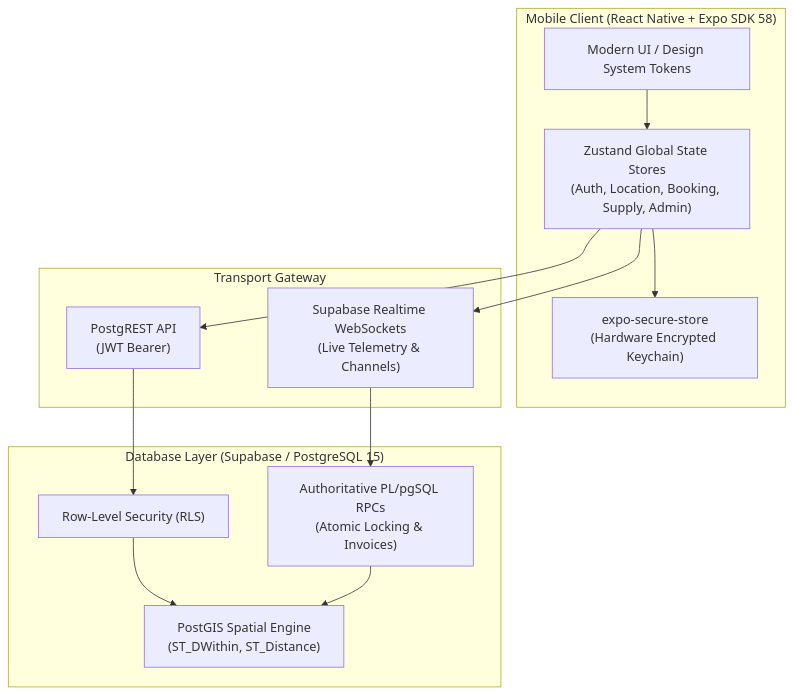
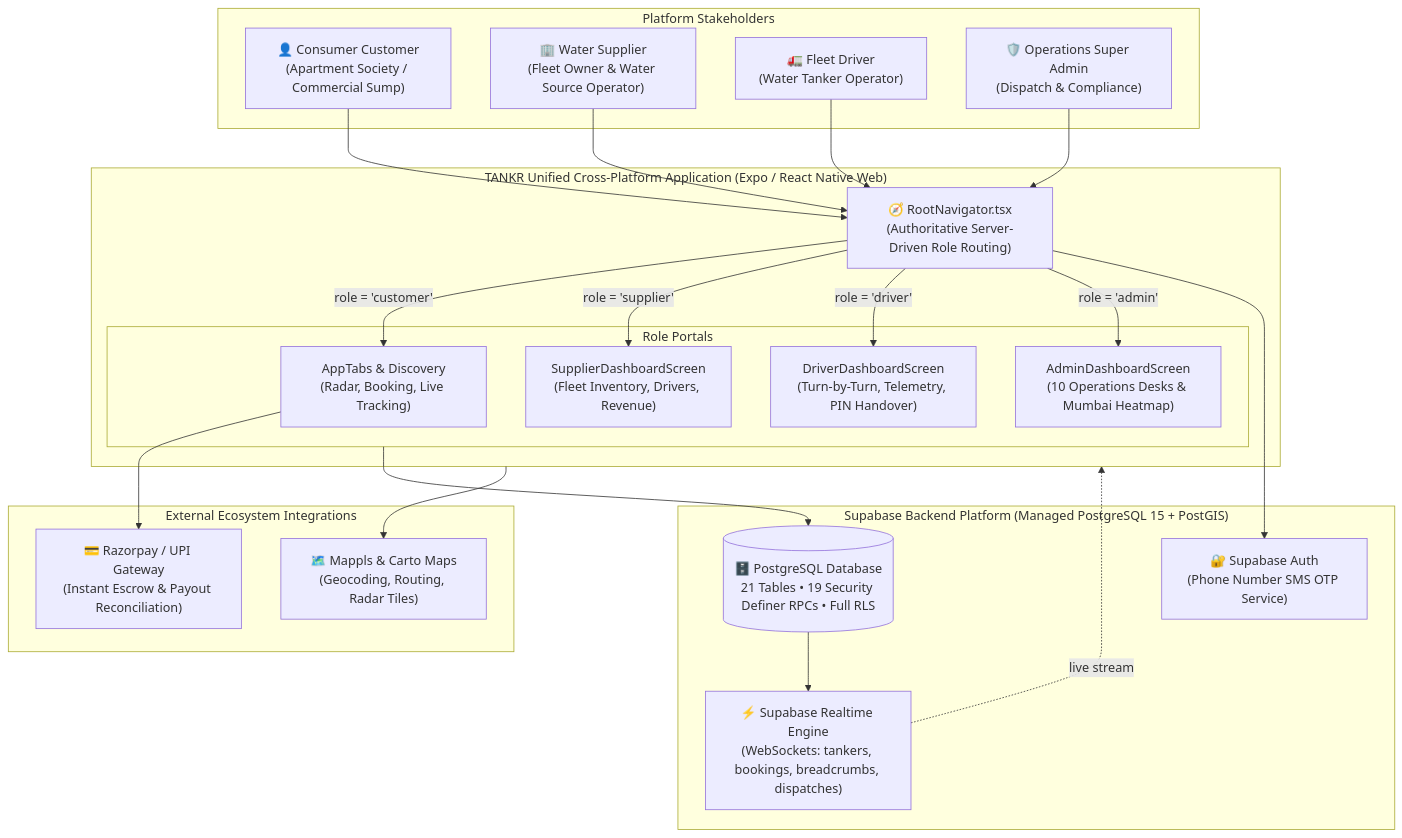
Before and after one commit to Coderaryanyadav/Tankr: the diagram in README.md, drawn with Mermaid. The commit also changed other lines of this file and 70 other files, not shown here.

Commit message:
docs: add complete developer documentation, architecture diagrams, and setup automation

````diff
--- a/README.md
+++ b/README.md
@@ -51,28 +55,49 @@
 ```mermaid
-flowchart TD
-    subgraph Client ["Mobile Client (React Native + Expo SDK 58)"]
-        UI["Modern UI / Design System Tokens"]
-        Zustand["Zustand Global State Stores<br/>(Auth, Location, Booking, Supply, Admin)"]
-        SecureStore["expo-secure-store<br/>(Hardware Encrypted Keychain)"]
+graph TB
+    subgraph Users["Platform Stakeholders"]
+        Customer["👤 Consumer Customer<br>(Apartment Society / Commercial Sump)"]
+        Supplier["🏢 Water Supplier<br>(Fleet Owner & Water Source Operator)"]
+        Driver["🚛 Fleet Driver<br>(Water Tanker Operator)"]
+        Admin["🛡️ Operations Super Admin<br>(Dispatch & Compliance)"]
     end
 
-    subgraph Network ["Transport Gateway"]
-        REST["PostgREST API<br/>(JWT Bearer)"]
-        Realtime["Supabase Realtime WebSockets<br/>(Live Telemetry & Channels)"]
+    subgraph Client["TANKR Unified Cross-Platform Application (Expo / React Native Web)"]
+        Nav["🧭 RootNavigator.tsx<br>(Authoritative Server-Driven Role Routing)"]
+        
+        subgraph Portals["Role Portals"]
+            CustomerApp["AppTabs & Discovery<br>(Radar, Booking, Live Tracking)"]
+            SupplierPortal["SupplierDashboardScreen<br>(Fleet Inventory, Drivers, Revenue)"]
+            DriverPortal["DriverDashboardScreen<br>(Turn-by-Turn, Telemetry, PIN Handover)"]
+            AdminPortal["AdminDashboardScreen<br>(10 Operations Desks & Mumbai Heatmap)"]
+        end
     end
 
-    subgraph Database ["Database Layer (Supabase / PostgreSQL 15)"]
-        PostGIS["PostGIS Spatial Engine<br/>(ST_DWithin, ST_Distance)"]
-        RLS["Row-Level Security (RLS)"]
-        RPCs["Authoritative PL/pgSQL RPCs<br/>(Atomic Locking & Invoices)"]
+    subgraph Backend["Supabase Backend Platform (Managed PostgreSQL 15 + PostGIS)"]
+        AuthService["🔐 Supabase Auth<br>(Phone Number SMS OTP Service)"]
+        PostgresDB[("🗄️ PostgreSQL Database<br>21 Tables • 19 Security Definer RPCs • Full RLS")]
+        RealtimePub["⚡ Supabase Realtime Engine<br>(WebSockets: tankers, bookings, breadcrumbs, dispatches)"]
     end
 
-    UI --> Zustand
-    Zustand --> SecureStore
-    Zustand --> REST
-    Zustand --> Realtime
-    REST --> RLS
-    Realtime --> RPCs
-    RLS --> PostGIS
-    RPCs --> PostGIS
+    subgraph External["External Ecosystem Integrations"]
+        MapsAPI["🗺️ Mappls & Carto Maps<br>(Geocoding, Routing, Radar Tiles)"]
+        PaymentGW["💳 Razorpay / UPI Gateway<br>(Instant Escrow & Payout Reconciliation)"]
+    end
+
+    Customer --> Nav
+    Supplier --> Nav
+    Driver --> Nav
+    Admin --> Nav
+
+    Nav -->|role = 'customer'| CustomerApp
+    Nav -->|role = 'supplier'| SupplierPortal
+    Nav -->|role = 'driver'| DriverPortal
+    Nav -->|role = 'admin'| AdminPortal
+
+    Nav --> AuthService
+    Portals --> PostgresDB
+    PostgresDB --> RealtimePub
+    RealtimePub -.->|live stream| Client
+
+    CustomerApp --> PaymentGW
+    Client --> MapsAPI
 ```
````
